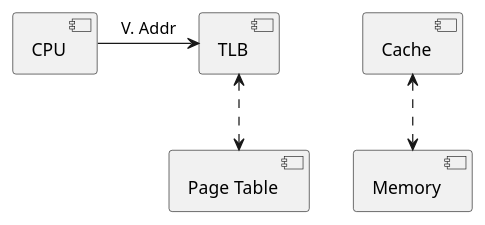
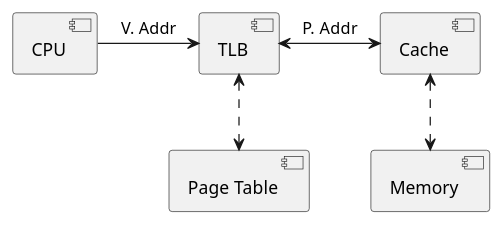
One commit to ashwinreddy/wiki changed the diagram in Computer-Science/Page table.md. Above: the diagram before and after it, drawn with PlantUML.

Commit message:
Updated Page table.md (markdown)

```diff
--- a/Computer-Science/Page table.md
+++ b/Computer-Science/Page table.md
@@ -6,11 +6,12 @@
 @startuml
 [CPU]
 [TLB]
 [Page Table]
 [Cache]
 [Memory]
 
 [CPU] -> [TLB]: V. Addr
+[TLB] <-> [Cache]: P. Addr
 [TLB] <..> [Page Table]
 [Cache] <..> [Memory]
 @enduml
```
